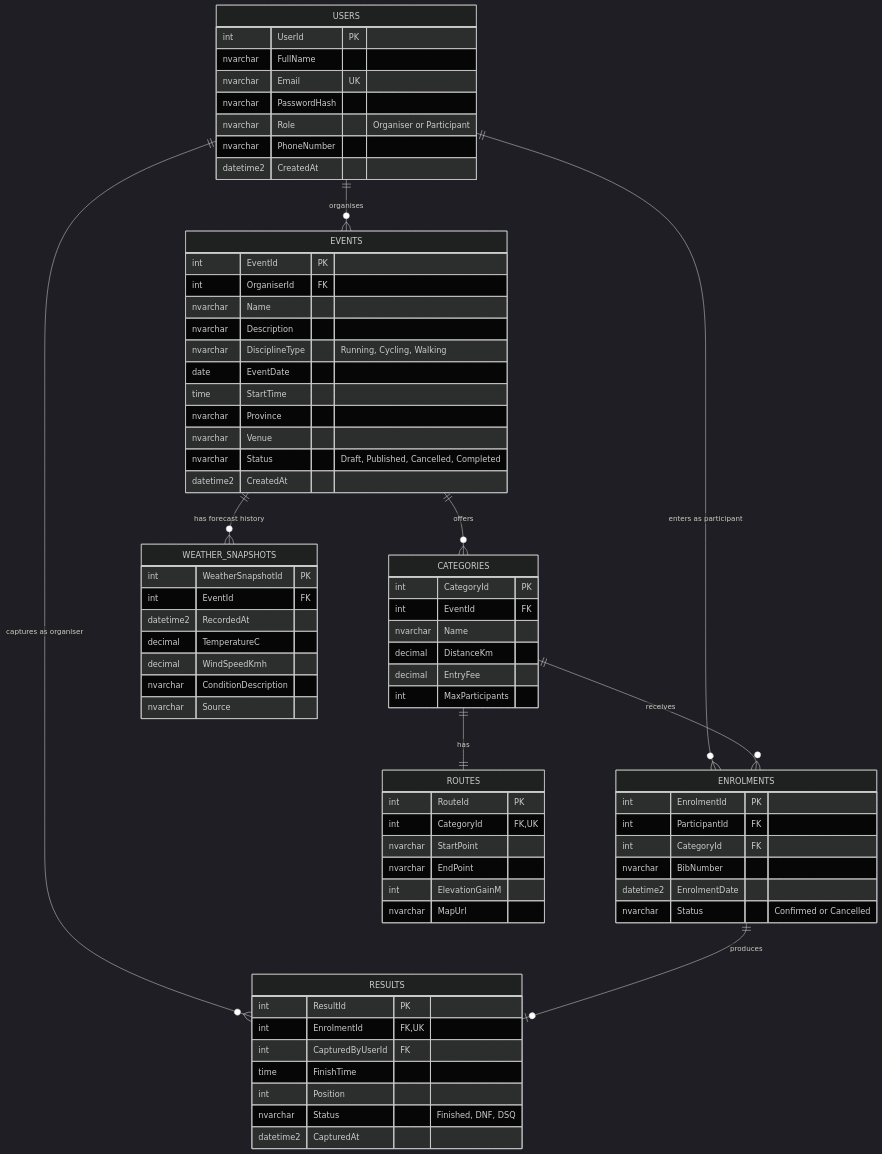
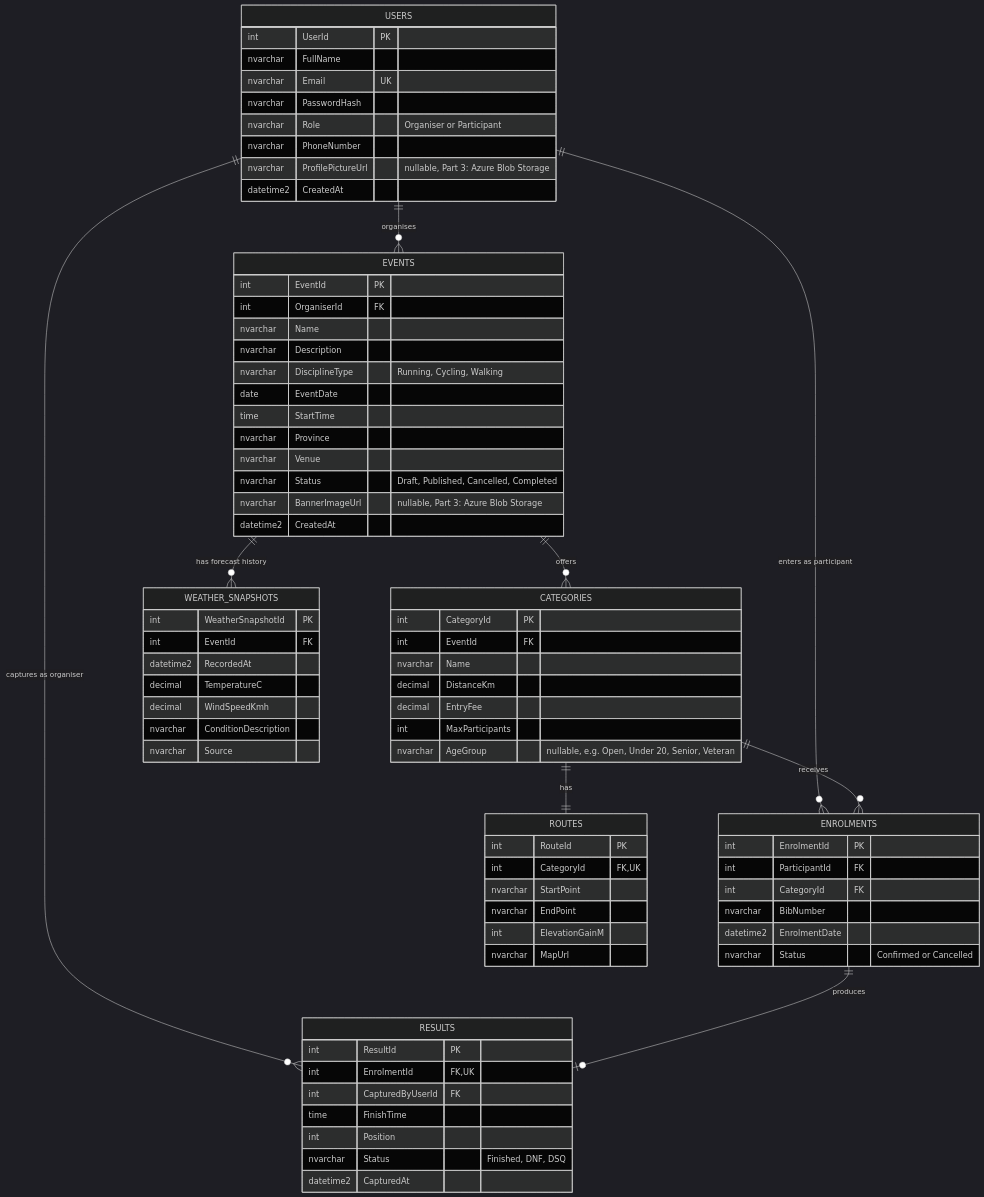
Before and after one commit to Ghee9ine/RaceDay: the diagram in docs/erd-source.mmd, drawn with Mermaid (dark theme). The commit also changed 1 other file, not shown here.

Commit message:
docs(erd): add AgeGroup, BannerImageUrl and ProfilePictureUrl, regenerate ERD image
Closes G4 (no way to express age categories like Under 20 or Veteran
alongside distance categories) and the ERD half of G5 (reserving columns
now for Part 3's Blob Storage uploads, instead of changing the schema
late). Categories.AgeGroup, Events.BannerImageUrl and
Users.ProfilePictureUrl are all nullable. Regenerated docs/erd.png from
docs/erd-source.mmd with the mermaid CLI so the diagram and source stay
identical.

```diff
--- a/docs/erd-source.mmd
+++ b/docs/erd-source.mmd
@@ -1,80 +1,83 @@
 erDiagram
     USERS ||--o{ EVENTS : "organises"
     USERS ||--o{ ENROLMENTS : "enters as participant"
     USERS ||--o{ RESULTS : "captures as organiser"
     EVENTS ||--o{ CATEGORIES : "offers"
     EVENTS ||--o{ WEATHER_SNAPSHOTS : "has forecast history"
     CATEGORIES ||--o{ ENROLMENTS : "receives"
     CATEGORIES ||--|| ROUTES : "has"
     ENROLMENTS ||--o| RESULTS : "produces"
 
     USERS {
         int UserId PK
         nvarchar FullName
         nvarchar Email UK
         nvarchar PasswordHash
         nvarchar Role "Organiser or Participant"
         nvarchar PhoneNumber
+        nvarchar ProfilePictureUrl "nullable, Part 3: Azure Blob Storage"
         datetime2 CreatedAt
     }
 
     EVENTS {
         int EventId PK
         int OrganiserId FK
         nvarchar Name
         nvarchar Description
         nvarchar DisciplineType "Running, Cycling, Walking"
         date EventDate
         time StartTime
         nvarchar Province
         nvarchar Venue
         nvarchar Status "Draft, Published, Cancelled, Completed"
+        nvarchar BannerImageUrl "nullable, Part 3: Azure Blob Storage"
         datetime2 CreatedAt
     }
 
     CATEGORIES {
         int CategoryId PK
         int EventId FK
         nvarchar Name
         decimal DistanceKm
         decimal EntryFee
         int MaxParticipants
+        nvarchar AgeGroup "nullable, e.g. Open, Under 20, Senior, Veteran"
     }
 
     ROUTES {
         int RouteId PK
         int CategoryId FK,UK
         nvarchar StartPoint
         nvarchar EndPoint
         int ElevationGainM
         nvarchar MapUrl
     }
 
     WEATHER_SNAPSHOTS {
         int WeatherSnapshotId PK
         int EventId FK
         datetime2 RecordedAt
         decimal TemperatureC
         decimal WindSpeedKmh
         nvarchar ConditionDescription
         nvarchar Source
     }
 
     ENROLMENTS {
         int EnrolmentId PK
         int ParticipantId FK
         int CategoryId FK
         nvarchar BibNumber
         datetime2 EnrolmentDate
         nvarchar Status "Confirmed or Cancelled"
     }
 
     RESULTS {
         int ResultId PK
         int EnrolmentId FK,UK
         int CapturedByUserId FK
         time FinishTime
         int Position
         nvarchar Status "Finished, DNF, DSQ"
         datetime2 CapturedAt
     }
```
